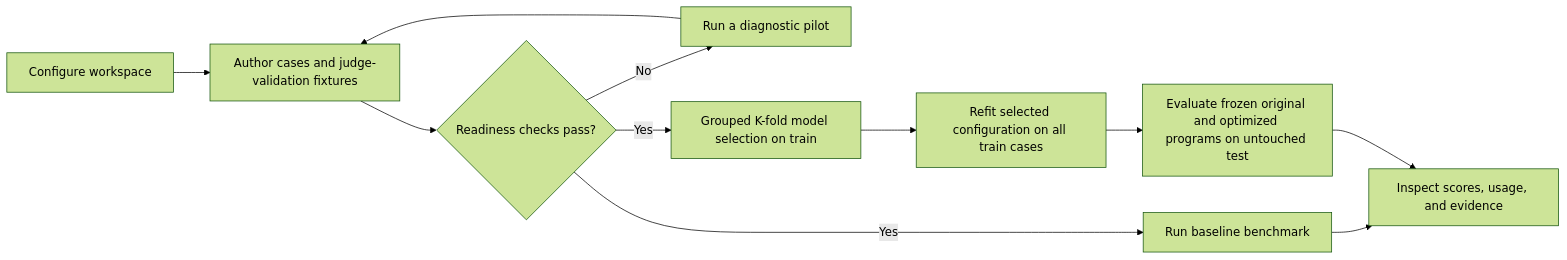
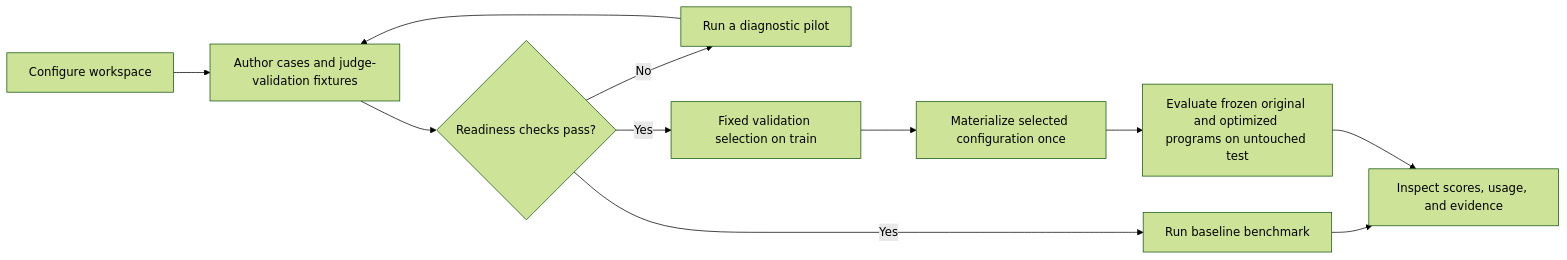
The diagram in docs/index.md (mainsequence-sdk/repo-agent-eval), drawn with Mermaid (forest theme) before and after one commit. The commit also changed other lines of this file and 61 other files, not shown here.

````diff
--- a/docs/index.md
+++ b/docs/index.md
@@ -10,13 +10,13 @@
 ```mermaid
 flowchart LR
     Setup[Configure workspace] --> Author[Author cases and judge-validation fixtures]
     Author --> Validate{Readiness checks pass?}
     Validate -->|No| Pilot[Run a diagnostic pilot]
     Pilot --> Author
     Validate -->|Yes| Baseline[Run baseline benchmark]
-    Validate -->|Yes| Optimize[Grouped K-fold model selection on train]
-    Optimize --> Refit[Refit selected configuration on all train cases]
+    Validate -->|Yes| Optimize[Fixed validation selection on train]
+    Optimize --> Refit[Materialize selected configuration once]
     Refit --> Test[Evaluate frozen original and optimized programs on untouched test]
     Baseline --> Results[Inspect scores, usage, and evidence]
     Test --> Results
 ```
````
